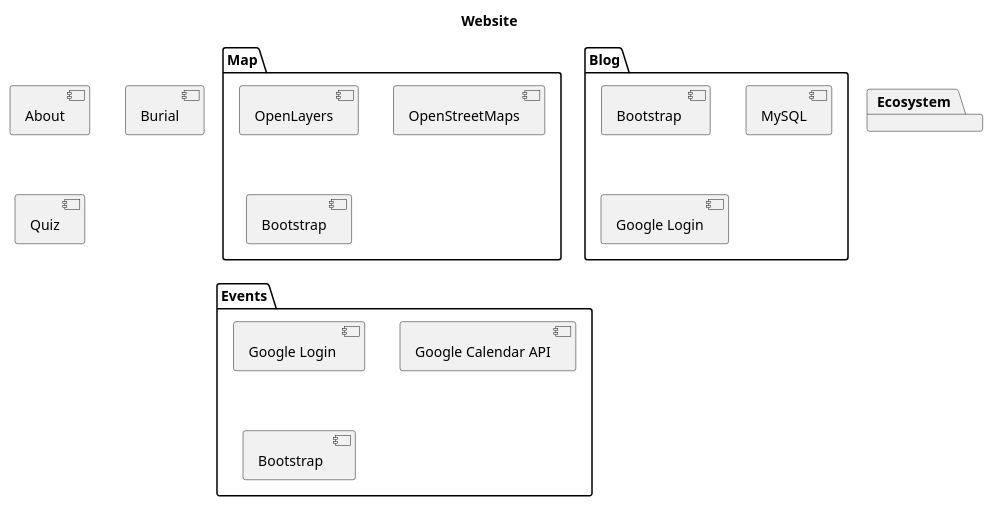
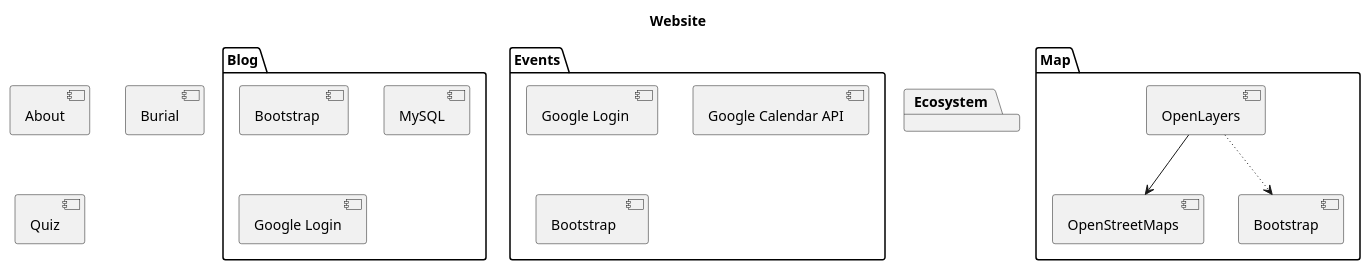
One commit to dibshift/CSCI34282023Project changed the diagram in UMLAssignment.puml. Above: the diagram before and after it, drawn with PlantUML.

Commit message:
Small Changes to UMLAssignment.puml

```diff
--- a/UMLAssignment.puml
+++ b/UMLAssignment.puml
@@ -1,33 +1,36 @@
 @startuml
 
 title Website
 
 package "Map" {
   [OpenLayers]
   [OpenStreetMaps]
   [Bootstrap]
 }
 
 [About]
 
 package "Ecosystem" {
 }
 
 [Burial]
 
 [Quiz]
 
 package "Blog" {
   [Bootstrap ]
   [MySQL]
   [Google Login]
 }
 
 
 package "Events" {
   [Google Login ]
   [Google Calendar API]
   [Bootstrap  ]
 }
 
+[OpenLayers] --> [OpenStreetMaps]
+[OpenLayers] -[dotted]-> [Bootstrap]
+
 @enduml
```
